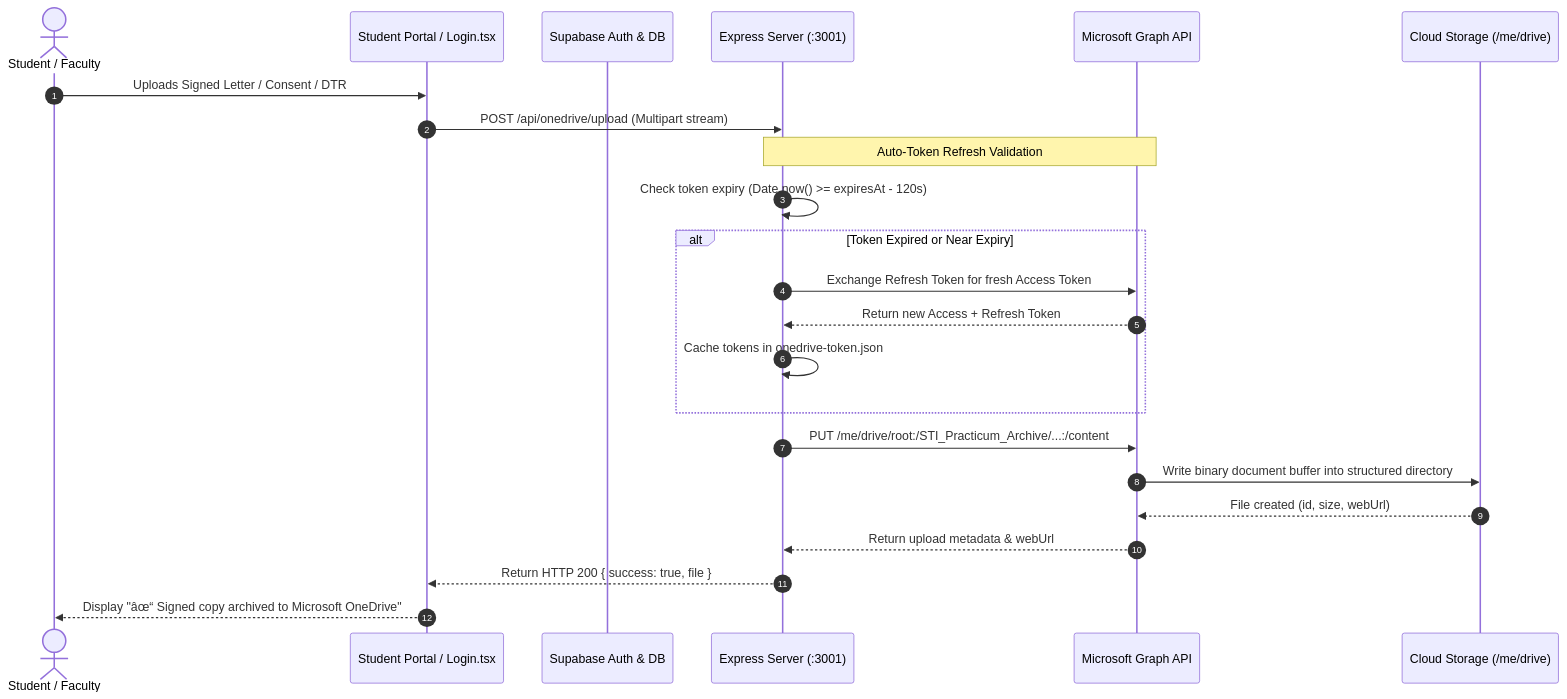
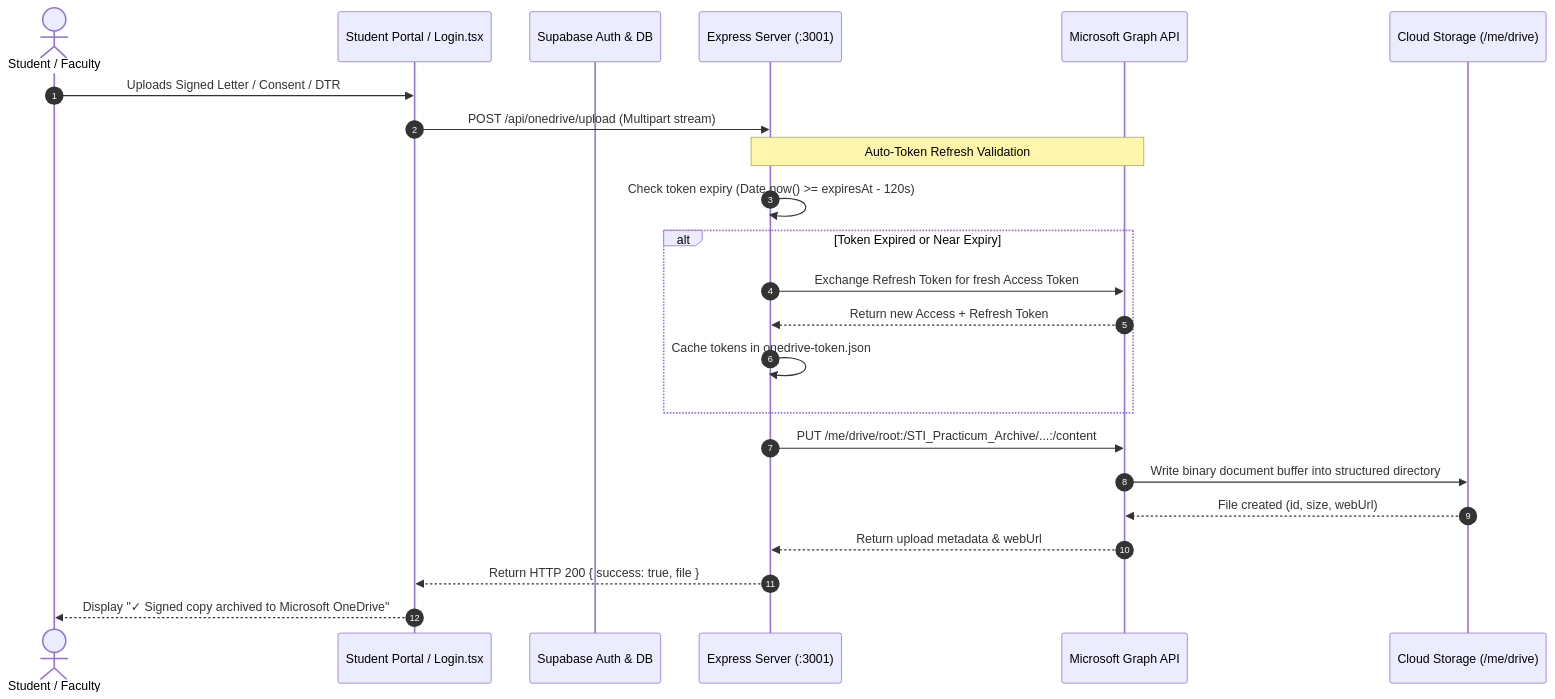
Before and after one commit to s5condlast-cmd/Capstone-2-Official-CloudHosting: the diagram in docs/features/08_AUTH_AND_ONEDRIVE_SYNC.md, drawn with Mermaid. The commit also changed other lines of this file and 45 other files, not shown here.

````diff
--- a/docs/features/08_AUTH_AND_ONEDRIVE_SYNC.md
+++ b/docs/features/08_AUTH_AND_ONEDRIVE_SYNC.md
@@ -42,28 +24,28 @@
 ```mermaid
 sequenceDiagram
     autonumber
     actor User as Student / Faculty
     participant UI as Student Portal / Login.tsx
     participant Supabase as Supabase Auth & DB
     participant Backend as Express Server (:3001)
     participant Graph as Microsoft Graph API
     participant OneDrive as Cloud Storage (/me/drive)
 
     User->>UI: Uploads Signed Letter / Consent / DTR
     UI->>Backend: POST /api/onedrive/upload (Multipart stream)
 
     note over Backend,Graph: Auto-Token Refresh Validation
     Backend->>Backend: Check token expiry (Date.now() >= expiresAt - 120s)
     alt Token Expired or Near Expiry
         Backend->>Graph: Exchange Refresh Token for fresh Access Token
         Graph-->>Backend: Return new Access + Refresh Token
         Backend->>Backend: Cache tokens in onedrive-token.json
     end
 
     Backend->>Graph: PUT /me/drive/root:/STI_Practicum_Archive/...:/content
     Graph->>OneDrive: Write binary document buffer into structured directory
     OneDrive-->>Graph: File created (id, size, webUrl)
     Graph-->>Backend: Return upload metadata & webUrl
     Backend-->>UI: Return HTTP 200 { success: true, file }
-    UI-->>User: Display "âœ“ Signed copy archived to Microsoft OneDrive"
+    UI-->>User: Display "✓ Signed copy archived to Microsoft OneDrive"
 ```
````
